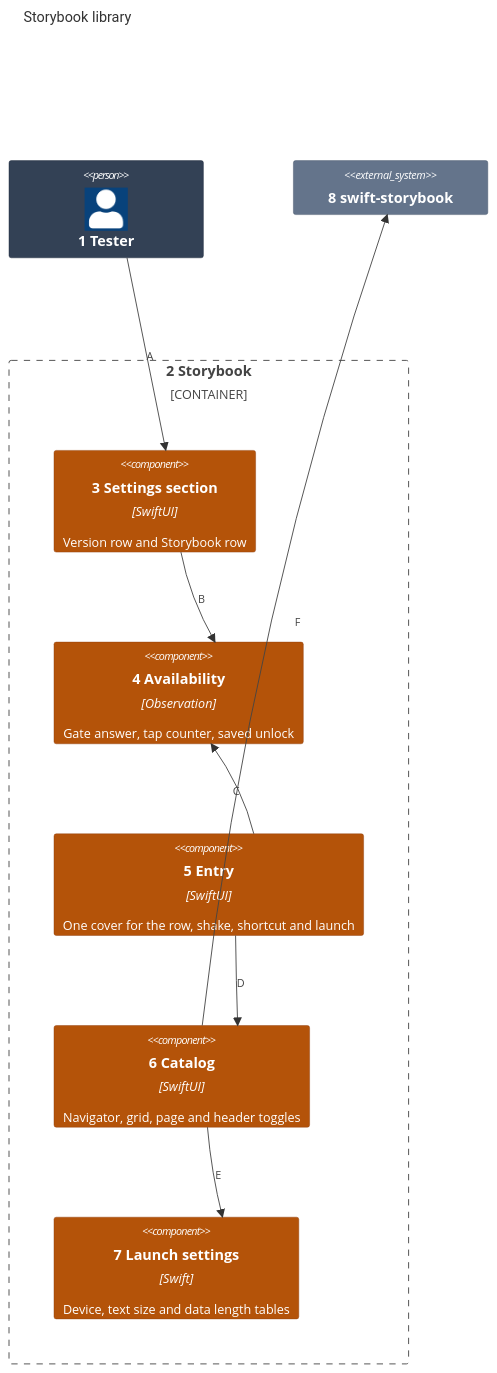
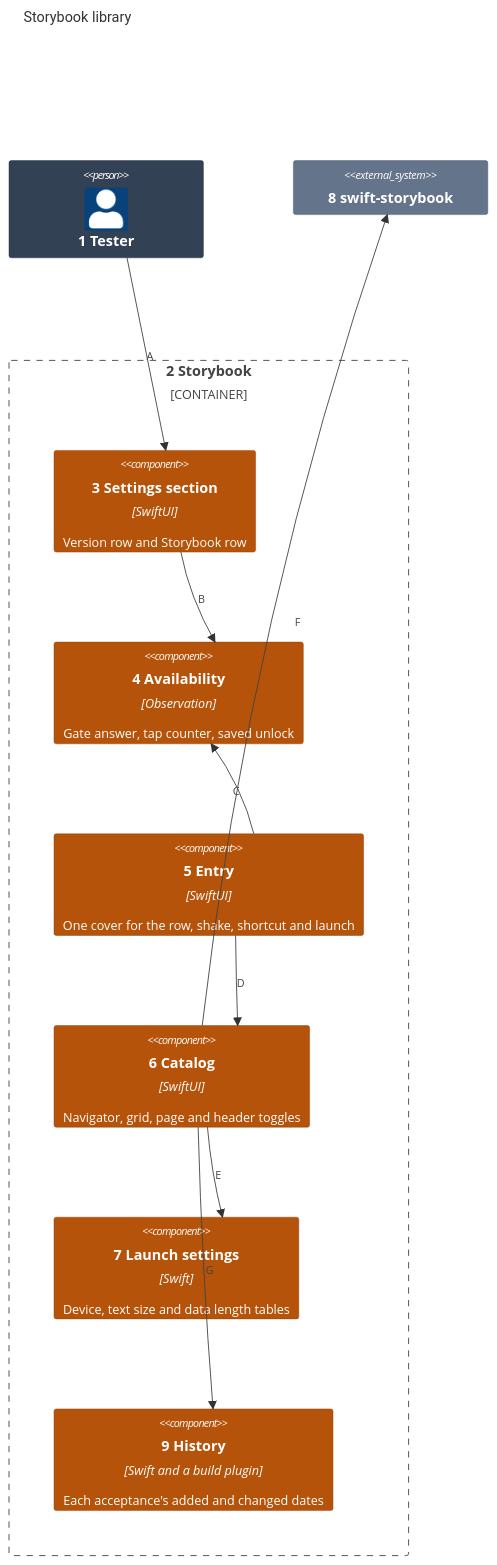
One commit to may-journal/common-swift changed the first of 2 diagrams in Packages/Storybook/docs/architecture/03-components.md. Above: the diagram before and after it, drawn with Mermaid. The commit also changed other lines of this file and 36 other files, not shown here.

````diff
--- a/Packages/Storybook/docs/architecture/03-components.md
+++ b/Packages/Storybook/docs/architecture/03-components.md
@@ -5,31 +5,34 @@
 ```mermaid
 C4Component
     title Storybook library
 
     Person(tester, "1 Tester")
 
     Container_Boundary(core, "2 Storybook") {
         Component(section, "3 Settings section", "SwiftUI", "Version row and Storybook row")
         Component(availability, "4 Availability", "Observation", "Gate answer, tap counter, saved unlock")
         Component(entry, "5 Entry", "SwiftUI", "One cover for the row, shake, shortcut and launch")
         Component(catalog, "6 Catalog", "SwiftUI", "Navigator, grid, page and header toggles")
         Component(settings, "7 Launch settings", "Swift", "Device, text size and data length tables")
+        Component(history, "9 History", "Swift and a build plugin", "Each acceptance's added and changed dates")
     }
 
     System_Ext(kit, "8 swift-storybook")
 
     Rel(tester, section, "A")
     Rel(section, availability, "B")
     Rel(entry, availability, "C")
     Rel(entry, catalog, "D")
     Rel(catalog, settings, "E")
     Rel(catalog, kit, "F")
+    Rel(catalog, history, "G")
 
     UpdateElementStyle(tester, $bgColor="#334155", $borderColor="#1e293b", $fontColor="#ffffff")
     UpdateElementStyle(section, $bgColor="#b45309", $borderColor="#92400e", $fontColor="#ffffff")
     UpdateElementStyle(availability, $bgColor="#b45309", $borderColor="#92400e", $fontColor="#ffffff")
     UpdateElementStyle(entry, $bgColor="#b45309", $borderColor="#92400e", $fontColor="#ffffff")
     UpdateElementStyle(catalog, $bgColor="#b45309", $borderColor="#92400e", $fontColor="#ffffff")
     UpdateElementStyle(settings, $bgColor="#b45309", $borderColor="#92400e", $fontColor="#ffffff")
+    UpdateElementStyle(history, $bgColor="#b45309", $borderColor="#92400e", $fontColor="#ffffff")
     UpdateElementStyle(kit, $bgColor="#64748b", $borderColor="#475569", $fontColor="#ffffff")
 ```
````
